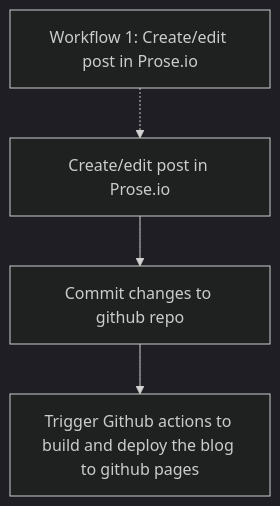
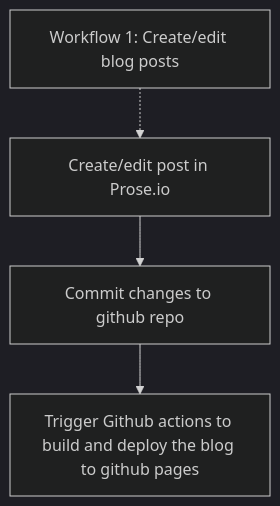
Before and after one commit to goooooouwa/writings: the diagram in _posts/productivity/2021-03-29-blog-setup.md, drawn with Mermaid (dark theme).

````diff
--- a/_posts/productivity/2021-03-29-blog-setup.md
+++ b/_posts/productivity/2021-03-29-blog-setup.md
@@ -10,8 +10,8 @@
 ```mermaid
     graph TD
-    T1[Workflow 1: Create/edit post in Prose.io] -.-> A
+    T1[Workflow 1: Create/edit blog posts] -.-> A
 
     A[Create/edit post in Prose.io] --> B
     B[Commit changes to github repo]
     B --> C[Trigger Github actions to build and deploy the blog to github pages]
 ```
````
